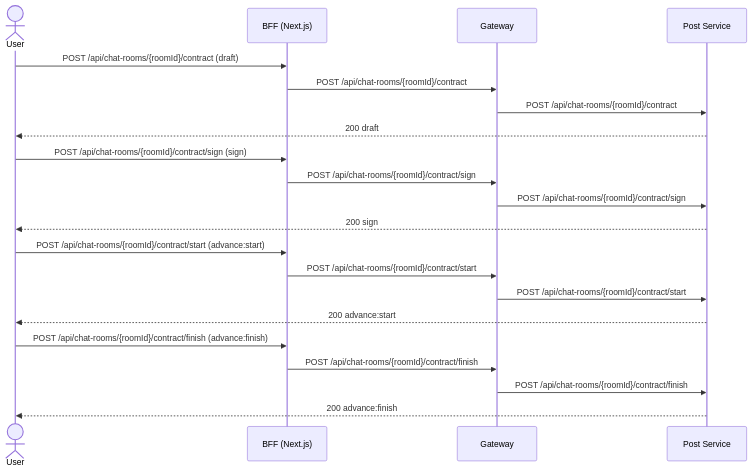
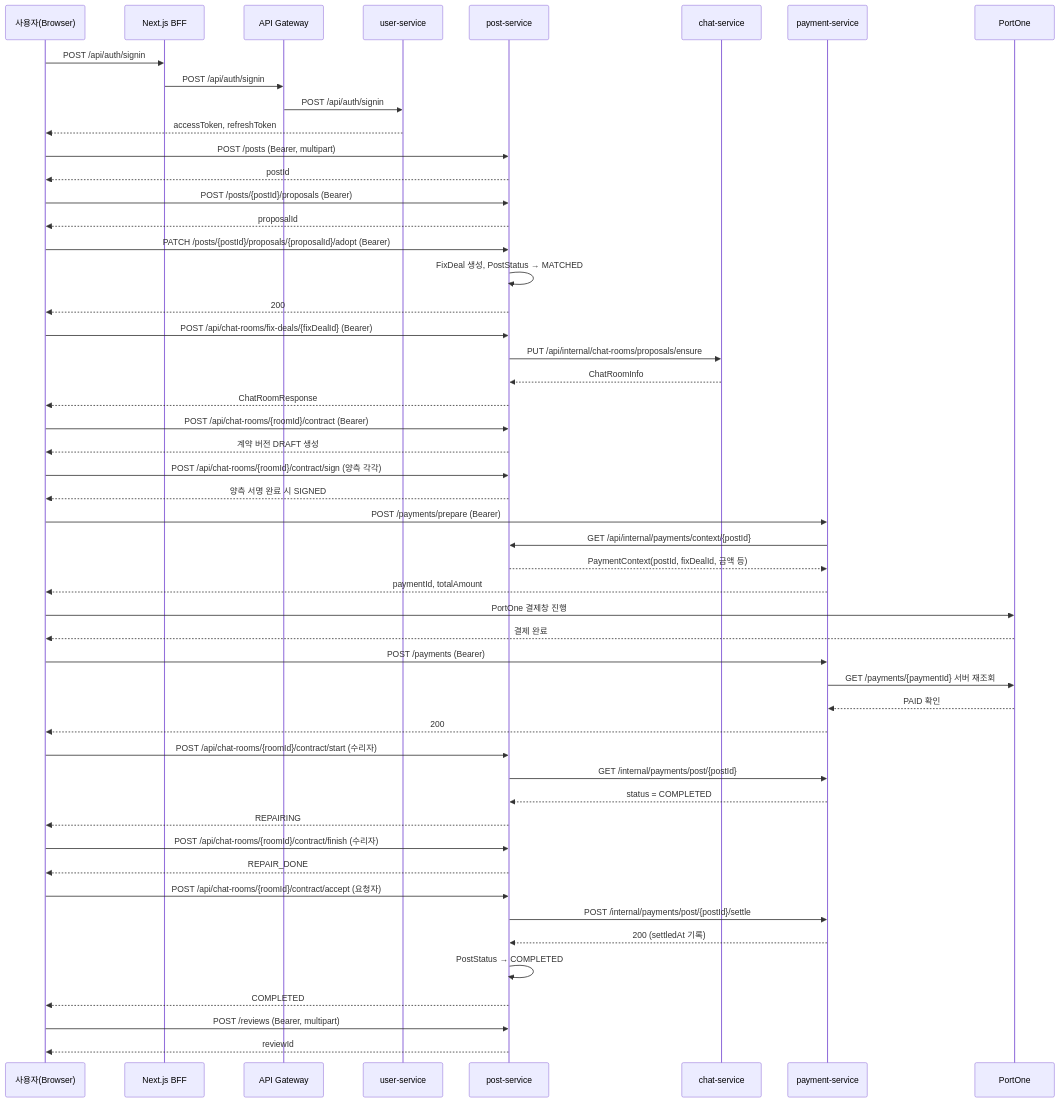
One commit to likelion-backend-24th/Final-Project-Mokoco changed the first of 2 diagrams in docs/시퀀스.md. Above: the diagram before and after it, drawn with Mermaid. The commit also changed other lines of this file and 10 other files, not shown here.

````diff
--- a/docs/시퀀스.md
+++ b/docs/시퀀스.md
@@ -89,27 +10,67 @@
 ```mermaid
 sequenceDiagram
-    actor User
-    participant BFF as BFF (Next.js)
-    participant G as Gateway
-    participant A as Post Service
+    participant U as 사용자(Browser)
+    participant BFF as Next.js BFF
+    participant G as API Gateway
+    participant US as user-service
+    participant PS as post-service
+    participant CS as chat-service
+    participant PAY as payment-service
+    participant PO as PortOne
 
-    User->>BFF: POST /api/chat-rooms/{roomId}/contract (draft)
-    BFF->>G: POST /api/chat-rooms/{roomId}/contract
-    G->>A: POST /api/chat-rooms/{roomId}/contract
-    A-->>User: 200 draft
+    U->>BFF: POST /api/auth/signin
+    BFF->>G: POST /api/auth/signin
+    G->>US: POST /api/auth/signin
+    US-->>U: accessToken, refreshToken
 
-    User->>BFF: POST /api/chat-rooms/{roomId}/contract/sign (sign)
-    BFF->>G: POST /api/chat-rooms/{roomId}/contract/sign
-    G->>A: POST /api/chat-rooms/{roomId}/contract/sign
-    A-->>User: 200 sign
+    U->>PS: POST /posts (Bearer, multipart)
+    PS-->>U: postId
 
-    User->>BFF: POST /api/chat-rooms/{roomId}/contract/start (advance:start)
-    BFF->>G: POST /api/chat-rooms/{roomId}/contract/start
-    G->>A: POST /api/chat-rooms/{roomId}/contract/start
-    A-->>User: 200 advance:start
+    U->>PS: POST /posts/{postId}/proposals (Bearer)
+    PS-->>U: proposalId
 
-    User->>BFF: POST /api/chat-rooms/{roomId}/contract/finish (advance:finish)
-    BFF->>G: POST /api/chat-rooms/{roomId}/contract/finish
-    G->>A: POST /api/chat-rooms/{roomId}/contract/finish
-    A-->>User: 200 advance:finish
+    U->>PS: PATCH /posts/{postId}/proposals/{proposalId}/adopt (Bearer)
+    PS->>PS: FixDeal 생성, PostStatus → MATCHED
+    PS-->>U: 200
+
+    U->>PS: POST /api/chat-rooms/fix-deals/{fixDealId} (Bearer)
+    PS->>CS: PUT /api/internal/chat-rooms/proposals/ensure
+    CS-->>PS: ChatRoomInfo
+    PS-->>U: ChatRoomResponse
+
+    U->>PS: POST /api/chat-rooms/{roomId}/contract (Bearer)
+    PS-->>U: 계약 버전 DRAFT 생성
+
+    U->>PS: POST /api/chat-rooms/{roomId}/contract/sign (양측 각각)
+    PS-->>U: 양측 서명 완료 시 SIGNED
+
+    U->>PAY: POST /payments/prepare (Bearer)
+    PAY->>PS: GET /api/internal/payments/context/{postId}
+    PS-->>PAY: PaymentContext(postId, fixDealId, 금액 등)
+    PAY-->>U: paymentId, totalAmount
+
+    U->>PO: PortOne 결제창 진행
+    PO-->>U: 결제 완료
+
+    U->>PAY: POST /payments (Bearer)
+    PAY->>PO: GET /payments/{paymentId} 서버 재조회
+    PO-->>PAY: PAID 확인
+    PAY-->>U: 200
+
+    U->>PS: POST /api/chat-rooms/{roomId}/contract/start (수리자)
+    PS->>PAY: GET /internal/payments/post/{postId}
+    PAY-->>PS: status = COMPLETED
+    PS-->>U: REPAIRING
+
+    U->>PS: POST /api/chat-rooms/{roomId}/contract/finish (수리자)
+    PS-->>U: REPAIR_DONE
+
+    U->>PS: POST /api/chat-rooms/{roomId}/contract/accept (요청자)
+    PS->>PAY: POST /internal/payments/post/{postId}/settle
+    PAY-->>PS: 200 (settledAt 기록)
+    PS->>PS: PostStatus → COMPLETED
+    PS-->>U: COMPLETED
+
+    U->>PS: POST /reviews (Bearer, multipart)
+    PS-->>U: reviewId
 ```
````
